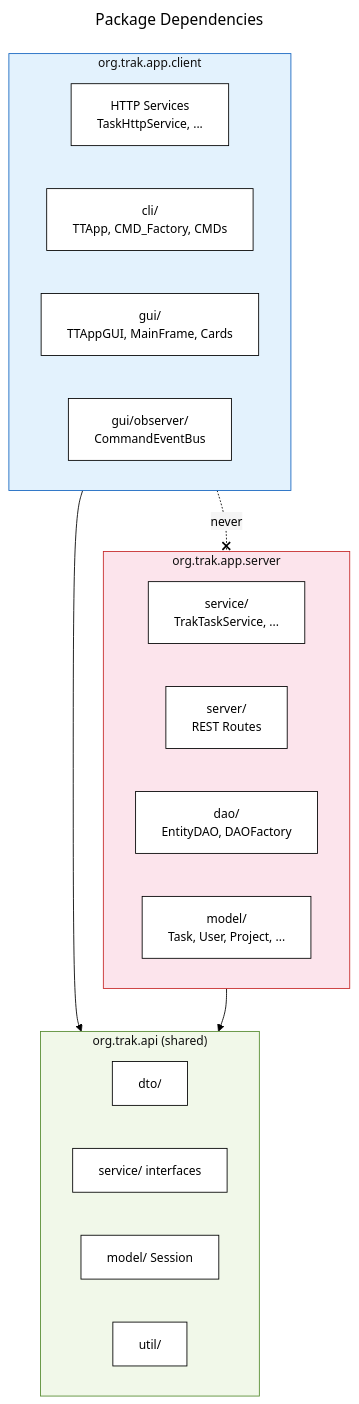
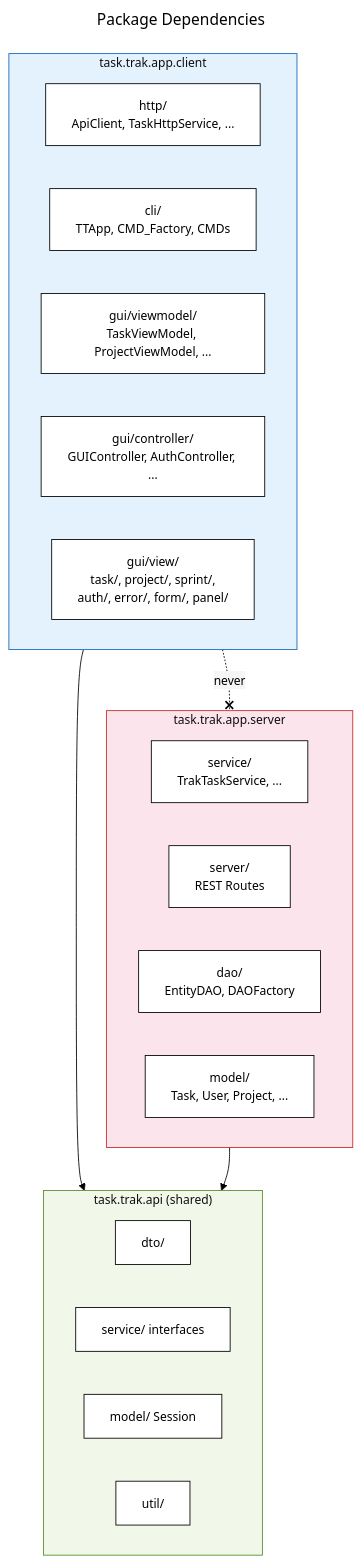
The third of 9 diagrams in docs/DIAGRAM.md (magana272/TaskTrac), drawn with Mermaid before and after one commit. The commit also changed other lines of this file and 14 other files, not shown here.

````diff
--- a/docs/DIAGRAM.md
+++ b/docs/DIAGRAM.md
@@ -154,50 +154,51 @@
 ```mermaid
 ---
 config:
   theme: base
   themeVariables:
     primaryColor: '#ffffff'
     primaryTextColor: '#000000'
     primaryBorderColor: '#000000'
     lineColor: '#000000'
     secondaryColor: '#f5f5f5'
     tertiaryColor: '#f0f0f0'
     fontFamily: 'Georgia, Times New Roman, serif'
     fontSize: '14px'
     clusterBkg: '#fafafa'
     clusterBorder: '#000000'
 title: Package Dependencies
 ---
 flowchart TB
-    subgraph api["org.trak.api (shared)"]
+    subgraph api["task.trak.api (shared)"]
         direction LR
         dto[dto/]
         svc_if[service/ interfaces]
         session[model/ Session]
         util[util/]
     end
 
-    subgraph client["org.trak.app.client"]
+    subgraph client["task.trak.app.client"]
         direction LR
-        http[HTTP Services<br>TaskHttpService, ...]
+        http[http/<br>ApiClient, TaskHttpService, ...]
         cli[cli/<br>TTApp, CMD_Factory, CMDs]
-        gui[gui/<br>TTAppGUI, MainFrame, Cards]
-        observer[gui/observer/<br>CommandEventBus]
+        viewmodel[gui/viewmodel/<br>TaskViewModel, ProjectViewModel, ...]
+        controller[gui/controller/<br>GUIController, AuthController, ...]
+        views[gui/view/<br>task/, project/, sprint/,<br>auth/, error/, form/, panel/]
     end
 
-    subgraph server["org.trak.app.server"]
+    subgraph server["task.trak.app.server"]
         direction LR
         svc_impl[service/<br>TrakTaskService, ...]
         routes[server/<br>REST Routes]
         dao_layer[dao/<br>EntityDAO, DAOFactory]
         models[model/<br>Task, User, Project, ...]
     end
 
     client --> api
     server --> api
     client -.-x|never| server
 
     style client fill:#e3f2fd,stroke:#1565c0
     style server fill:#fce4ec,stroke:#c62828
     style api fill:#f1f8e9,stroke:#558b2f
 ```
````
